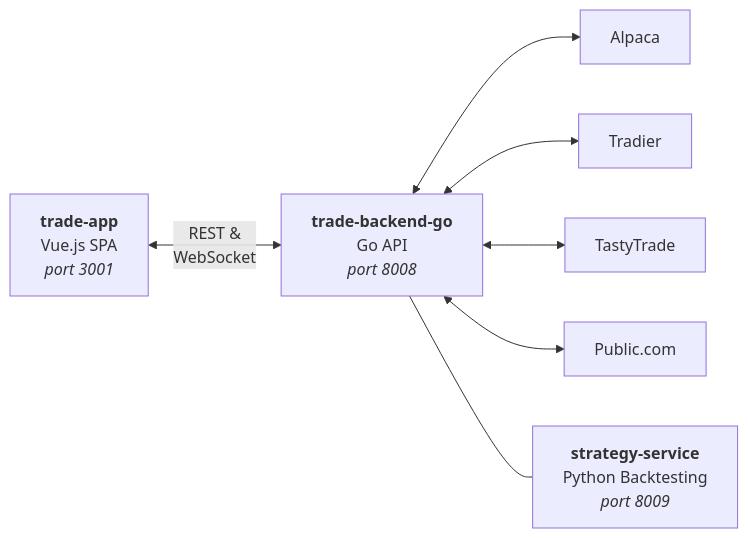
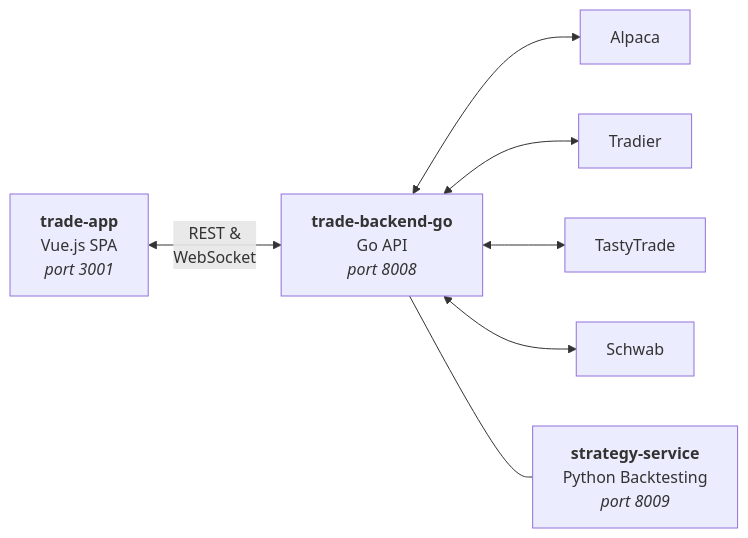
Before and after one commit to schardosin/juicytrade: the diagram in README.md, drawn with Mermaid. The commit also changed other lines of this file, not shown here.

Commit message:
Replace Public.com with Schwab in README

````diff
--- a/README.md
+++ b/README.md
@@ -24,9 +24,9 @@
 ```mermaid
 graph LR
     A["<b>trade-app</b><br/>Vue.js SPA<br/><i>port 3001</i>"] <-->|"REST &<br/>WebSocket"| B["<b>trade-backend-go</b><br/>Go API<br/><i>port 8008</i>"]
     B <--> C["Alpaca"]
     B <--> D["Tradier"]
     B <--> E["TastyTrade"]
-    B <--> F["Public.com"]
+    B <--> F["Schwab"]
     B --- G["<b>strategy-service</b><br/>Python Backtesting<br/><i>port 8009</i>"]
 ```
````
